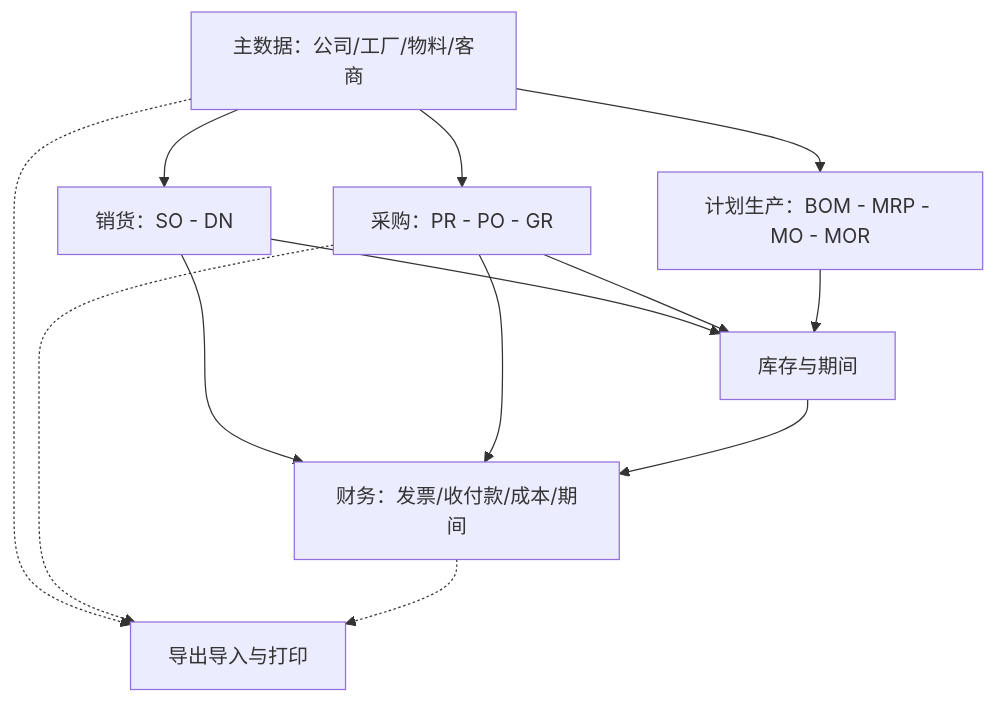
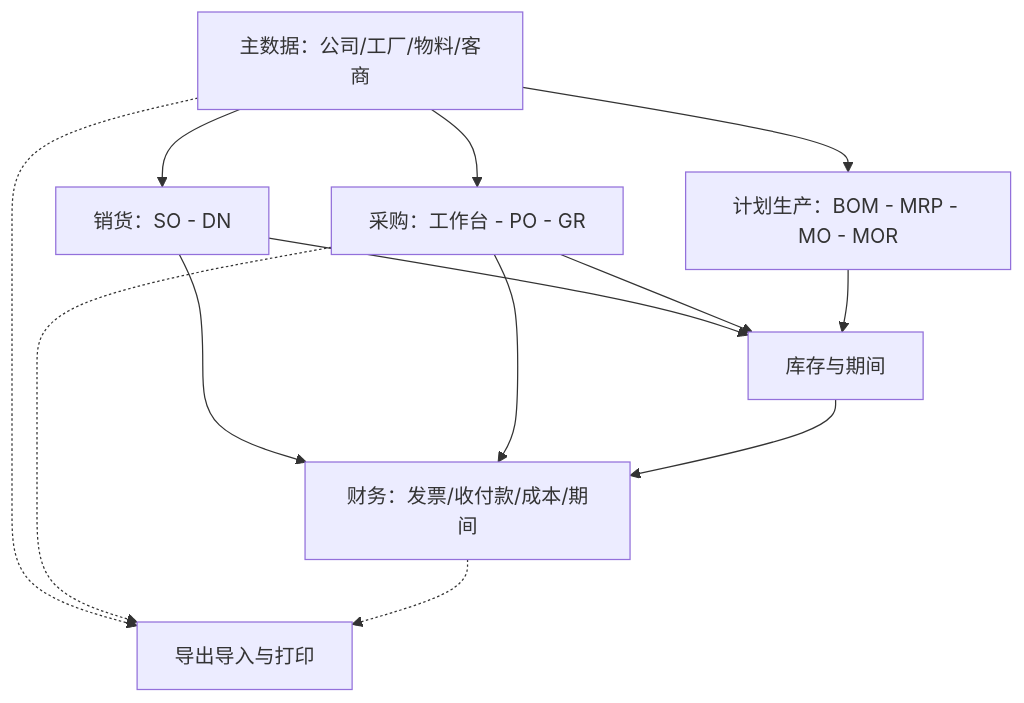
The second of 2 diagrams in user_training/zh/00-overview/01-system-process-map.md (Micron818/lychee-doc), drawn with Mermaid before and after one commit. The commit also changed other lines of this file and 19 other files, not shown here.

````diff
--- a/user_training/zh/00-overview/01-system-process-map.md
+++ b/user_training/zh/00-overview/01-system-process-map.md
@@ -55,16 +55,16 @@
 ```mermaid
 flowchart TB
   MD[主数据：公司/工厂/物料/客商]
   MD --> OTC[销货：SO - DN]
-  MD --> PTP[采购：PR - PO - GR]
+  MD --> PTP[采购：工作台 - PO - GR]
   MD --> MFG[计划生产：BOM - MRP - MO - MOR]
   OTC --> STK[库存与期间]
   PTP --> STK
   MFG --> STK
   OTC --> FIN[财务：发票/收付款/成本/期间]
   PTP --> FIN
   STK --> FIN
   MD -.-> EXP[导出导入与打印]
   PTP -.-> EXP
   FIN -.-> EXP
 ```
````
